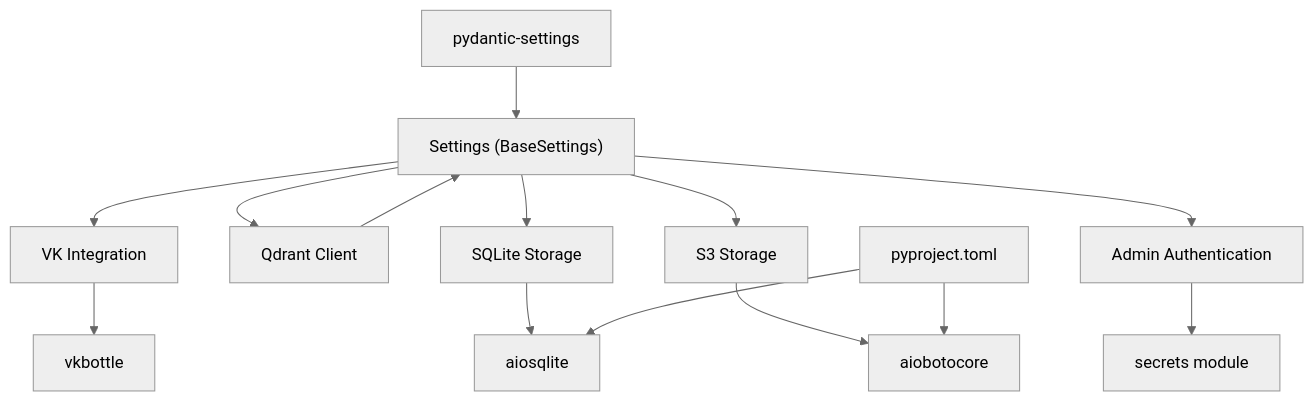
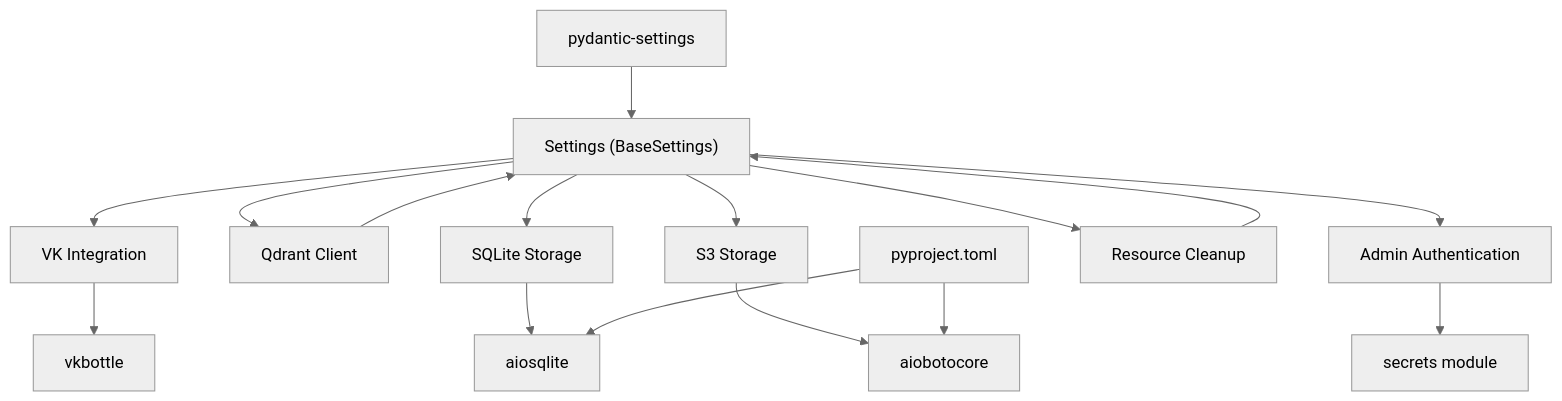
The sixth of 10 diagrams in .qoder/repowiki/en/content/Configuration Management.md (ognelis/cafetera_hr_bot), drawn with Mermaid (neutral theme) before and after one commit. The commit also changed other lines of this file and 7 other files, not shown here.

````diff
--- a/.qoder/repowiki/en/content/Configuration Management.md
+++ b/.qoder/repowiki/en/content/Configuration Management.md
@@ -279,28 +319,31 @@
 ```mermaid
 graph TB
 Settings["Settings (BaseSettings)"]
 Pydantic["pydantic-settings"]
 VKIntegration["VK Integration"]
 VKLib["vkbottle"]
 Qdrant["Qdrant Client"]
 SQLite["SQLite Storage"]
 Aiosqlite["aiosqlite"]
 S3Storage["S3 Storage"]
 Aiobotocore["aiobotocore"]
 AdminAuth["Admin Authentication"]
 Secrets["secrets module"]
+Cleanup["Resource Cleanup"]
 Pyproject["pyproject.toml"]
 Pydantic --> Settings
 Settings --> VKIntegration
 Settings --> Qdrant
 Settings --> SQLite
 Settings --> S3Storage
 Settings --> AdminAuth
+Settings --> Cleanup
 VKIntegration --> VKLib
 Qdrant --> Settings
 SQLite --> Aiosqlite
 S3Storage --> Aiobotocore
 AdminAuth --> Secrets
+Cleanup --> Settings
 Pyproject --> Aiosqlite
 Pyproject --> Aiobotocore
 ```
````
